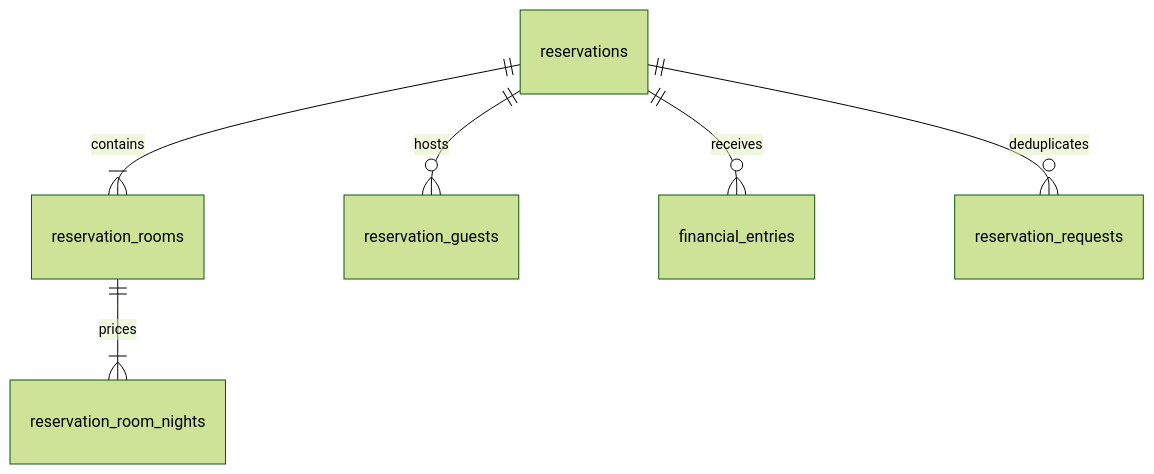
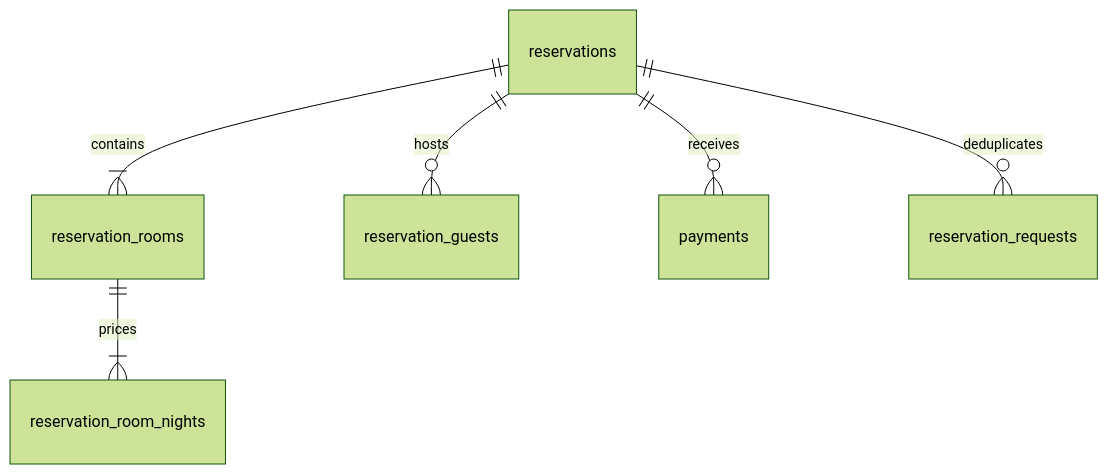
Before and after one commit to meldarstudio/pms: the diagram in RESERVATION_WORKFLOW.md, drawn with Mermaid (forest theme). The commit also changed other lines of this file and 53 other files, not shown here.

Commit message:
Simplify reservation schema and reset migration baseline

````diff
--- a/RESERVATION_WORKFLOW.md
+++ b/RESERVATION_WORKFLOW.md
@@ -7,8 +7,8 @@
 ```mermaid
 erDiagram
     reservations ||--|{ reservation_rooms : contains
     reservation_rooms ||--|{ reservation_room_nights : prices
     reservations ||--o{ reservation_guests : hosts
-    reservations ||--o{ financial_entries : receives
+    reservations ||--o{ payments : receives
     reservations ||--o{ reservation_requests : deduplicates
 ```
````
